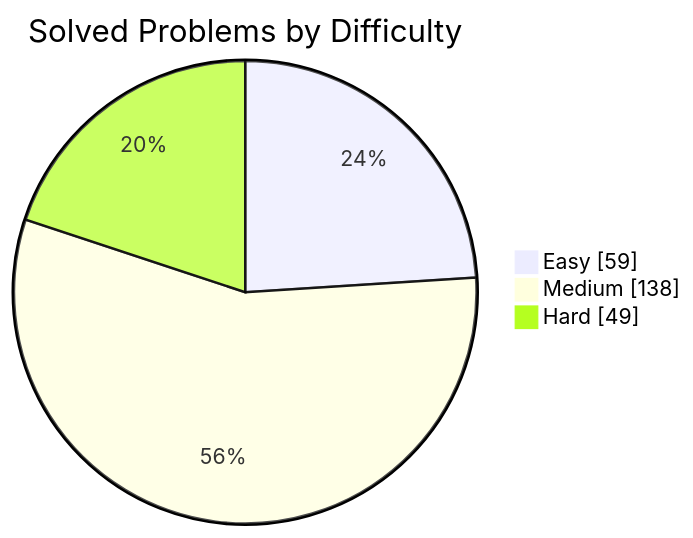
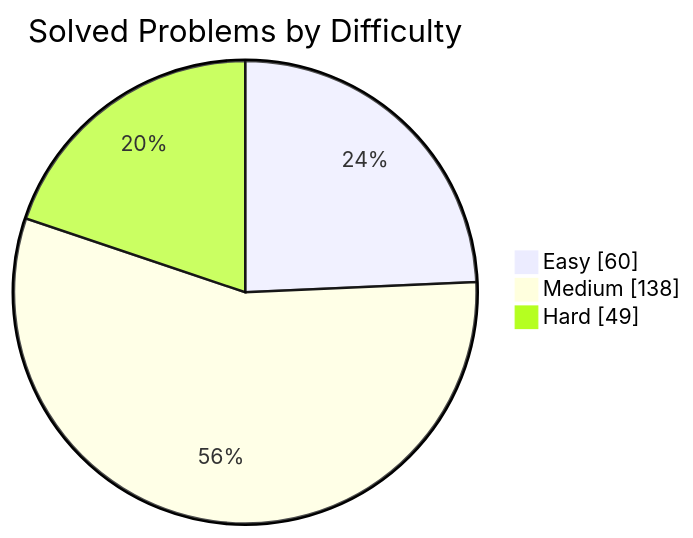
Before and after one commit to manikantbindass/DSA-Preparation-FAANG: the first of 2 diagrams in README.md, drawn with Mermaid. The commit also changed other lines of this file and 1 other file, not shown here.

````diff
--- a/README.md
+++ b/README.md
@@ -42,7 +42,7 @@
 ```mermaid
 pie showData
     title Solved Problems by Difficulty
-    "Easy" : 59
+    "Easy" : 60
     "Medium" : 138
     "Hard" : 49
 ```
````
